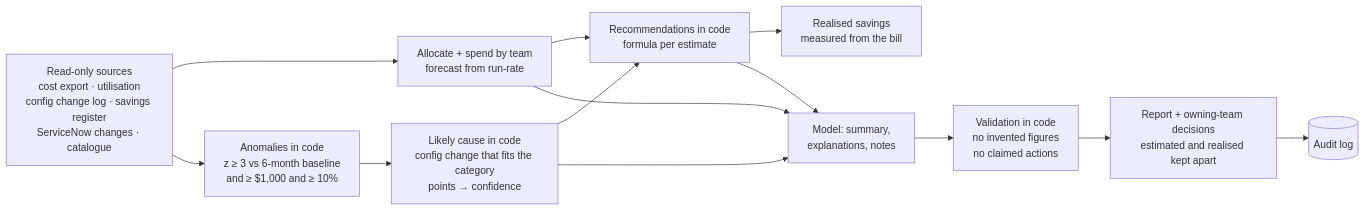
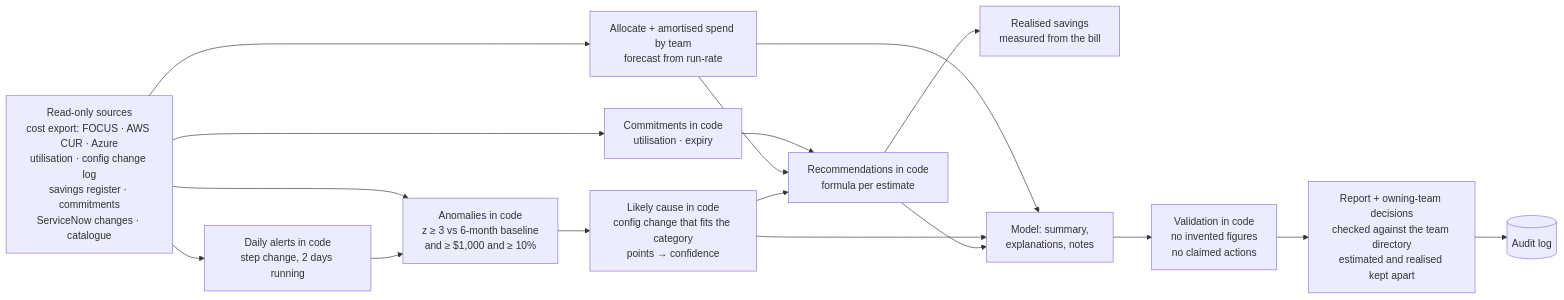
One commit to pradeepkumarsahoo/Enterprise-ai-engineering-platform changed the sixth of 6 diagrams in README.md. Above: the diagram before and after it, drawn with Mermaid. The commit also changed other lines of this file and 41 other files, not shown here.

````diff
--- a/README.md
+++ b/README.md
@@ -706,15 +711,19 @@
 ```mermaid
 flowchart LR
-    A[Read-only sources<br/>cost export · utilisation<br/>config change log · savings register<br/>ServiceNow changes · catalogue] --> B[Allocate + spend by team<br/>forecast from run-rate]
+    A[Read-only sources<br/>cost export: FOCUS · AWS CUR · Azure<br/>utilisation · config change log<br/>savings register · commitments<br/>ServiceNow changes · catalogue] --> B[Allocate + amortised spend by team<br/>forecast from run-rate]
     A --> C[Anomalies in code<br/>z ≥ 3 vs 6-month baseline<br/>and ≥ $1,000 and ≥ 10%]
+    A --> K[Daily alerts in code<br/>step change, 2 days running]
+    K --> C
+    A --> L[Commitments in code<br/>utilisation · expiry]
+    L --> E
     C --> D[Likely cause in code<br/>config change that fits the category<br/>points → confidence]
     B --> E[Recommendations in code<br/>formula per estimate]
     D --> E
     E --> F[Realised savings<br/>measured from the bill]
     B --> G[Model: summary,<br/>explanations, notes]
     D --> G
     E --> G
     G --> H[Validation in code<br/>no invented figures<br/>no claimed actions]
-    H --> I[Report + owning-team decisions<br/>estimated and realised kept apart]
+    H --> I[Report + owning-team decisions<br/>checked against the team directory<br/>estimated and realised kept apart]
     I --> J[(Audit log)]
 ```
````
